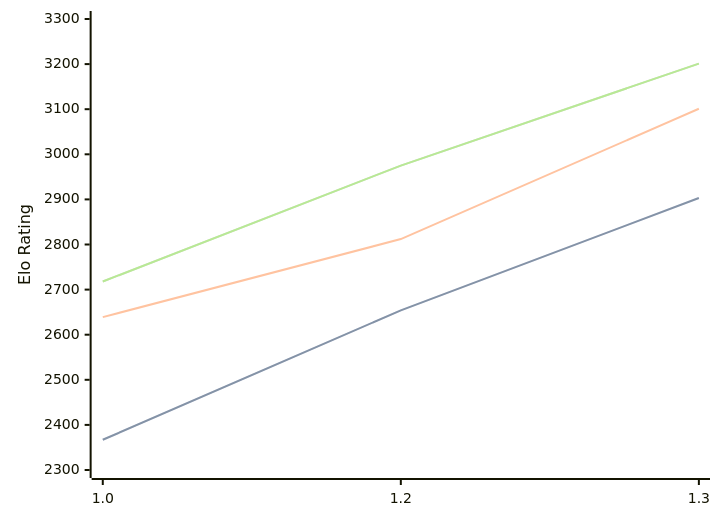
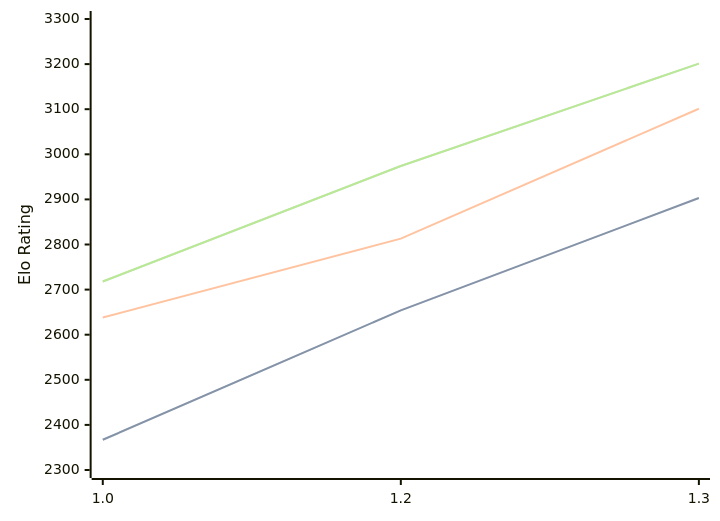
Before and after one commit to computer-chess-index/cci: the diagram in engines/Chessnix.md, drawn with Mermaid. The commit also changed other lines of this file, not shown here.

Commit message:
Update CCI Ratings (ELO VLTC) - 2026-04-16

````diff
--- a/engines/Chessnix.md
+++ b/engines/Chessnix.md
@@ -35,11 +35,11 @@
 ```mermaid
 %%{init: {"theme":"base","themeVariables":{"seriesColors:['#a3a3a3','#222221','#faa371']}}}%%
 xychart-beta
   x-axis ["1.0", "1.2", "1.3"]
   y-axis "Elo Rating" 2300 --> 3300
   line "STC (8.0+0.08s)" [2367, 2654, 2903]
   line "STC (8.0+0.08s)" [2367, 2654, 2903]
-  line "LTC (60.0+0.60s)" [2639, 2812, 3101]
-  line "VLTC (2m24s+1.12s)" [2718, 2975, 3201]
-  line "VLTC (2m24s+1.12s)" [2718, 2975, 3201]
+  line "LTC (60.0+0.60s)" [2638, 2813, 3101]
+  line "VLTC (2m24s+1.12s)" [2718, 2974, 3201]
+  line "VLTC (2m24s+1.12s)" [2718, 2974, 3201]
 ```
````
